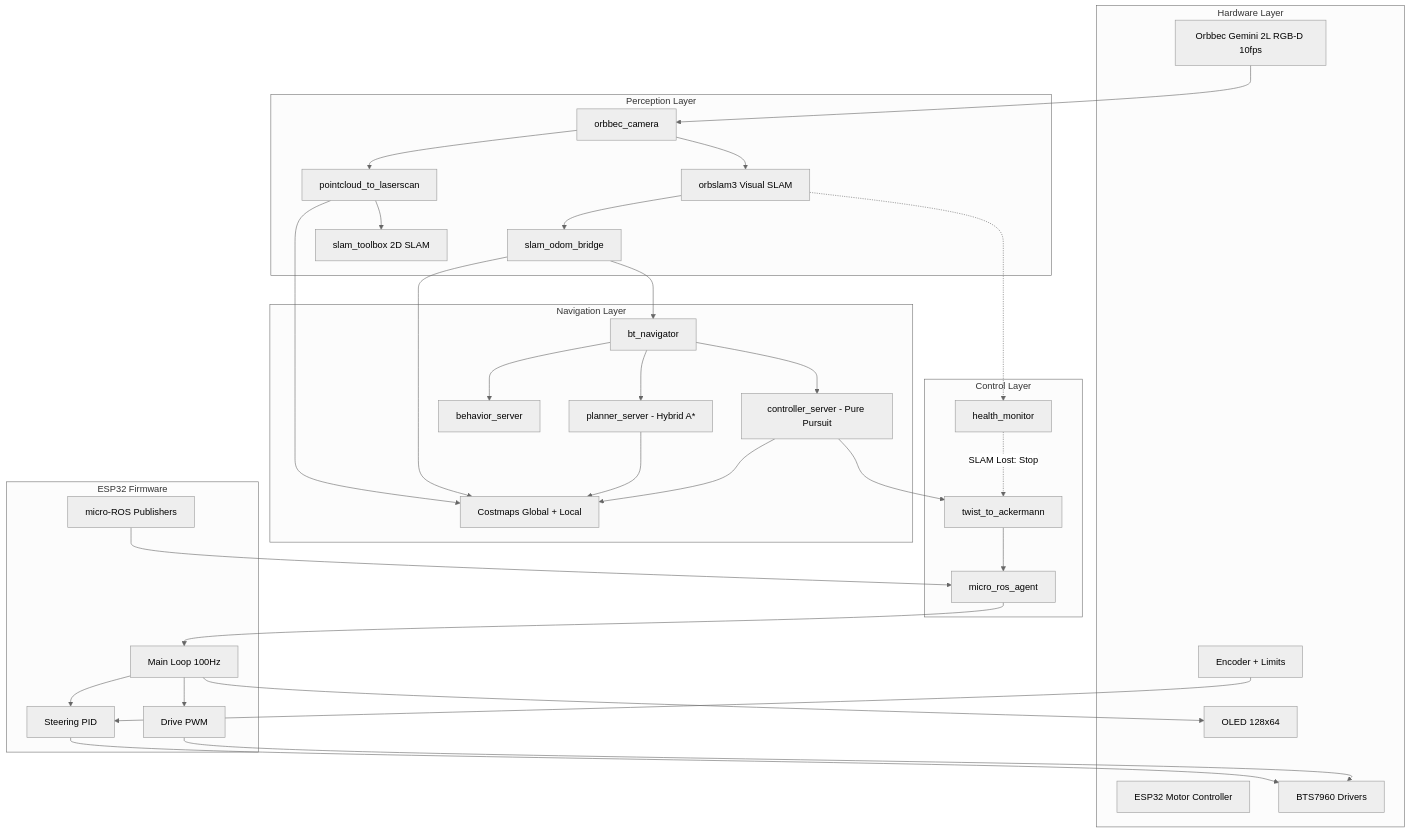
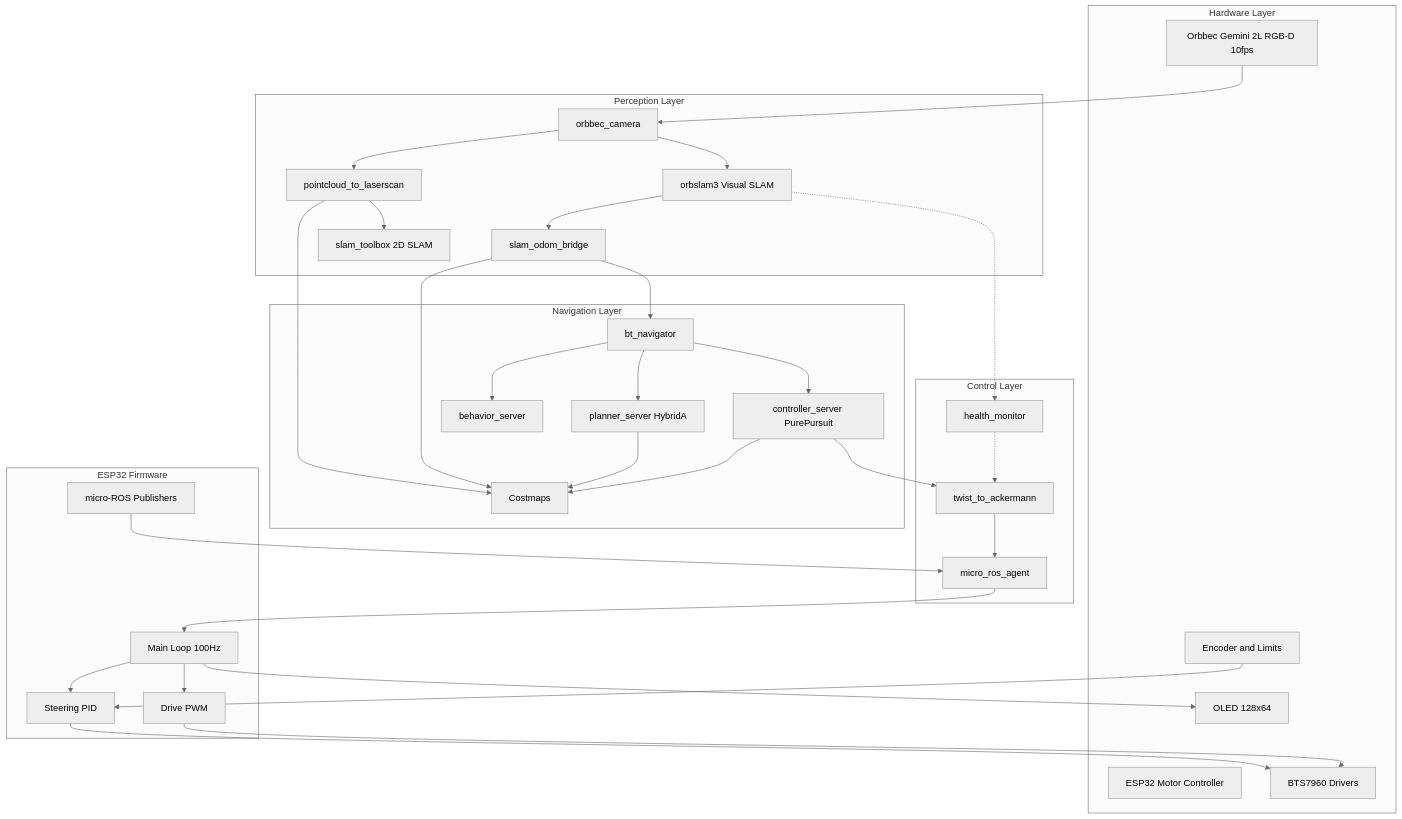
Before and after one commit to KashmeeraTT/Ackerman_UGV: the second of 13 diagrams in SYSTEM_DOCUMENTATION.md, drawn with Mermaid (neutral theme). The commit also changed other lines of this file, not shown here.

Commit message:
docs: Refine system documentation diagrams and descriptions for clarity and conciseness.

````diff
--- a/SYSTEM_DOCUMENTATION.md
+++ b/SYSTEM_DOCUMENTATION.md
@@ -73,69 +73,69 @@
 ```mermaid
 flowchart TB
     subgraph Hardware[Hardware Layer]
         Camera[Orbbec Gemini 2L RGB-D 10fps]
         ESP32[ESP32 Motor Controller]
         Motors[BTS7960 Drivers]
-        Sensors[Encoder + Limits]
+        Sensors[Encoder and Limits]
         Display[OLED 128x64]
     end
     
     subgraph Perception[Perception Layer]
         OrbCamera[orbbec_camera]
         PointCloud[pointcloud_to_laserscan]
         ORBSLAM[orbslam3 Visual SLAM]
         SlamBridge[slam_odom_bridge]
         SlamToolbox[slam_toolbox 2D SLAM]
     end
     
     subgraph Navigation[Navigation Layer]
-        Planner[planner_server - Hybrid A*]
-        Controller[controller_server - Pure Pursuit]
+        Planner[planner_server HybridA]
+        Controller[controller_server PurePursuit]
         BT[bt_navigator]
         Behavior[behavior_server]
-        Costmap[Costmaps Global + Local]
+        Costmap[Costmaps]
     end
     
     subgraph Control[Control Layer]
         AckBridge[twist_to_ackermann]
         MicroROS[micro_ros_agent]
         HealthMon[health_monitor]
     end
     
     subgraph Firmware[ESP32 Firmware]
         MainLoop[Main Loop 100Hz]
         SteerCtrl[Steering PID]
         DriveCtrl[Drive PWM]
         Publishers[micro-ROS Publishers]
     end
     
     Camera --> OrbCamera
     OrbCamera --> PointCloud
     OrbCamera --> ORBSLAM
     PointCloud --> SlamToolbox
     PointCloud --> Costmap
     ORBSLAM --> SlamBridge
     SlamBridge --> Costmap
     SlamBridge --> BT
     
     BT --> Planner
     BT --> Controller
     BT --> Behavior
     Planner --> Costmap
     Controller --> Costmap
     Controller --> AckBridge
     
     ORBSLAM -.-> HealthMon
-    HealthMon -.->|SLAM Lost: Stop| AckBridge
+    HealthMon -.-> AckBridge
     
     AckBridge --> MicroROS
     MicroROS --> MainLoop
     
     MainLoop --> SteerCtrl
     MainLoop --> DriveCtrl
     SteerCtrl --> Motors
     DriveCtrl --> Motors
     Sensors --> SteerCtrl
     Publishers --> MicroROS
     MainLoop --> Display
 ```
````
